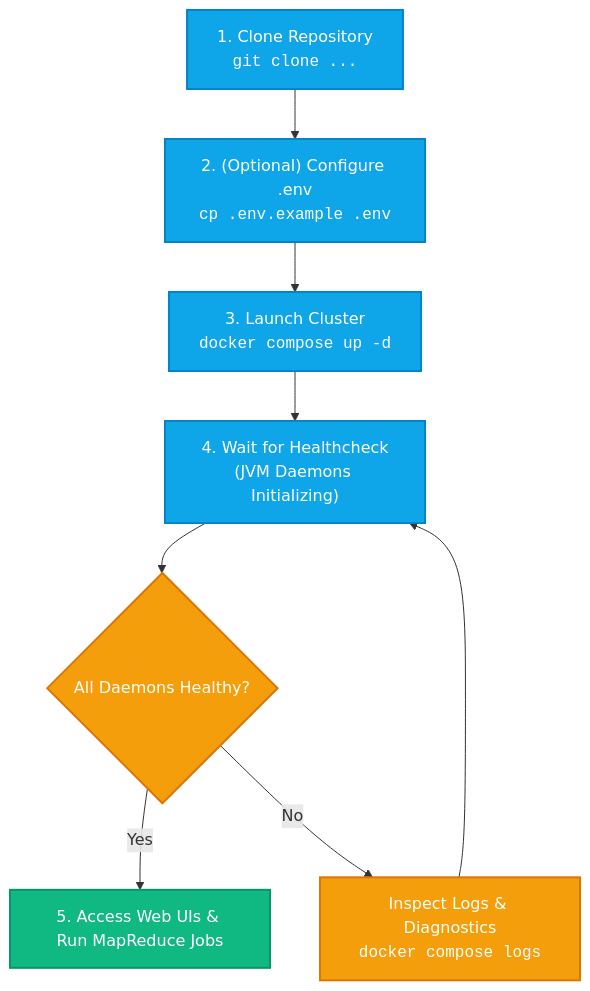
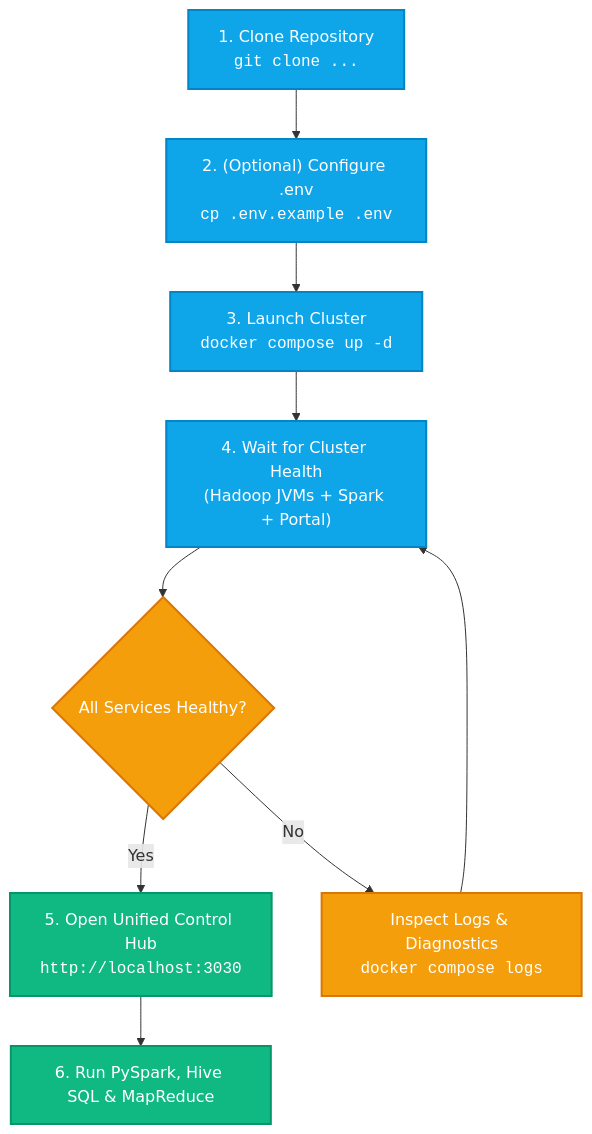
The diagram in docs/getting-started.md (Sohila-Khaled-Abbas/docker-hadoop), drawn with Mermaid before and after one commit. The commit also changed other lines of this file and 43 other files, not shown here.

Commit message:
feat: add Spark 3.5, Hive, Sqoop, Oozie, Pig, JupyterLab, Unified Big Data Platform Web Console, and updated infographics

````diff
--- a/docs/getting-started.md
+++ b/docs/getting-started.md
@@ -34,17 +34,18 @@
 ```mermaid
 flowchart TD
     A["1. Clone Repository<br/><code>git clone ...</code>"] --> B["2. (Optional) Configure .env<br/><code>cp .env.example .env</code>"]
     B --> C["3. Launch Cluster<br/><code>docker compose up -d</code>"]
-    C --> D["4. Wait for Healthcheck<br/>(JVM Daemons Initializing)"]
-    D --> E{"All Daemons Healthy?"}
-    E -->|Yes| F["5. Access Web UIs & Run MapReduce Jobs"]
-    E -->|No| G["Inspect Logs & Diagnostics<br/><code>docker compose logs</code>"]
-    G --> D
+    C --> D["4. Wait for Cluster Health<br/>(Hadoop JVMs + Spark + Portal)"]
+    D --> E{"All Services Healthy?"}
+    E -->|Yes| F["5. Open Unified Control Hub<br/><code>http://localhost:3030</code>"]
+    F --> G["6. Run PySpark, Hive SQL &amp; MapReduce"]
+    E -->|No| H["Inspect Logs &amp; Diagnostics<br/><code>docker compose logs</code>"]
+    H --> D
 
     classDef start fill:#0ea5e9,stroke:#0284c7,stroke-width:2px,color:#ffffff;
     classDef success fill:#10b981,stroke:#059669,stroke-width:2px,color:#ffffff;
     classDef warn fill:#f59e0b,stroke:#d97706,stroke-width:2px,color:#ffffff;
     class A,B,C,D start;
-    class F success;
-    class E,G warn;
+    class F,G success;
+    class E,H warn;
 ```
````
